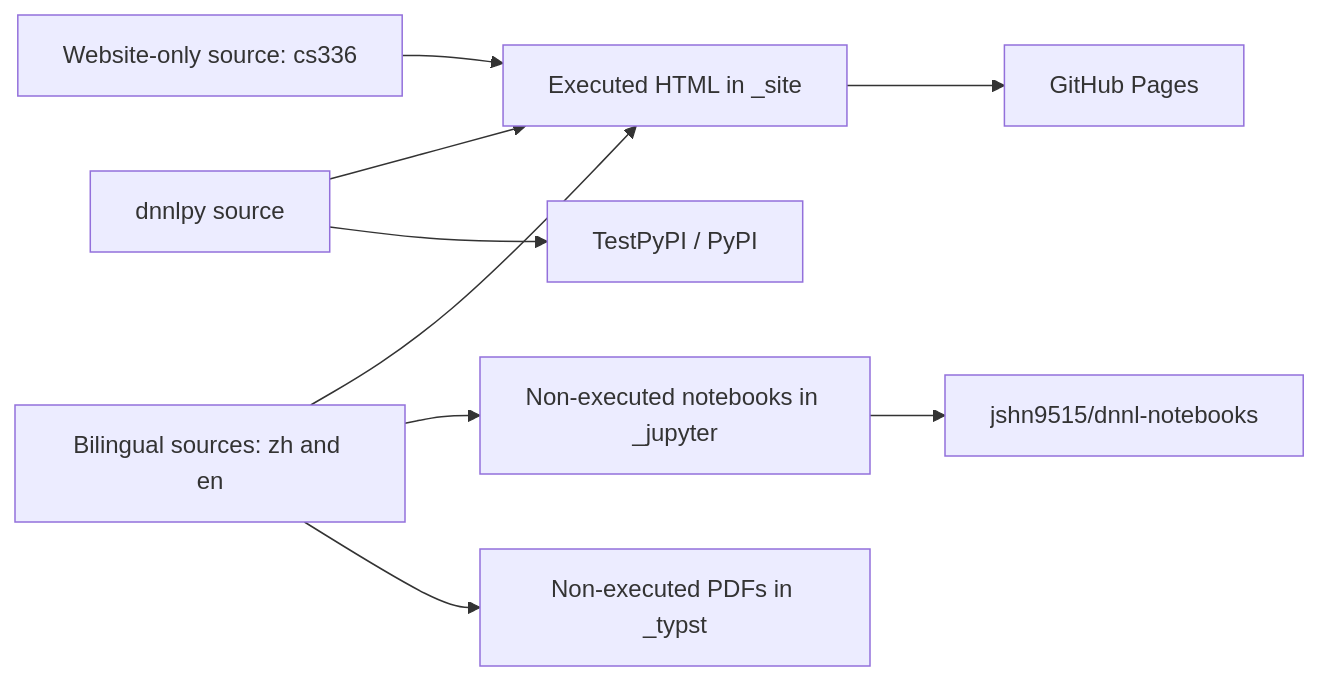
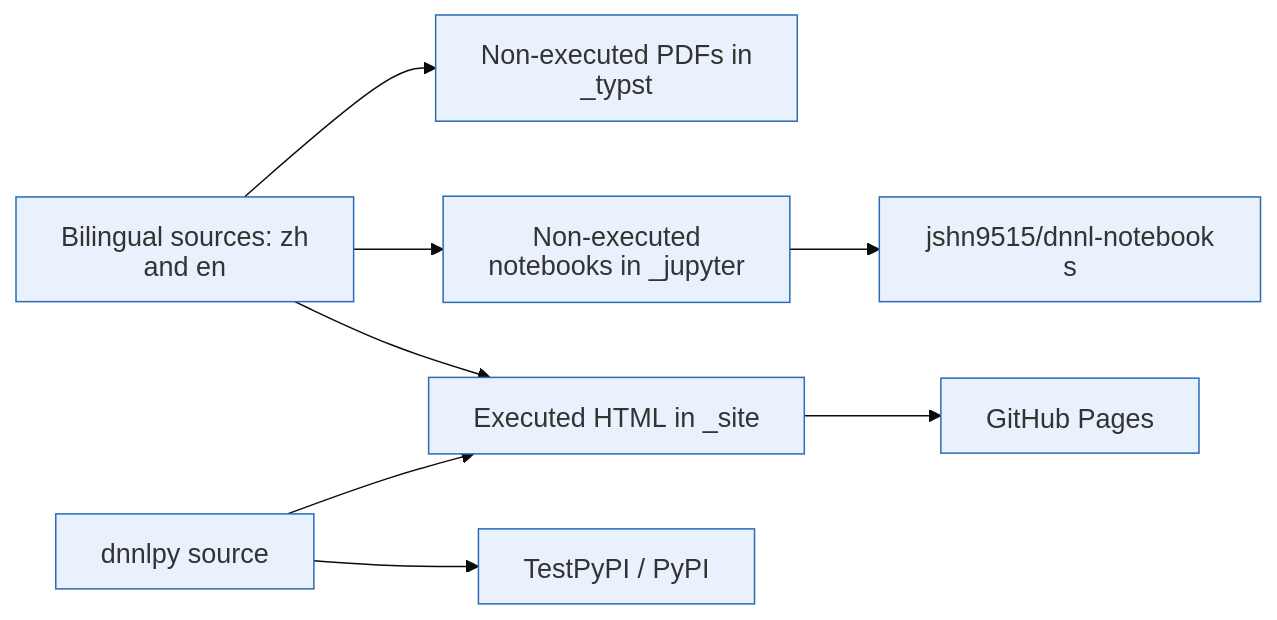
Before and after one commit to datawhalechina/deep-learning-notes: the diagram in architecture.md, drawn with Mermaid. The commit also changed other lines of this file, not shown here.

Commit message:
MNT: Refactor repository layout section for clarity and update mermaid diagram configuration

````diff
--- a/architecture.md
+++ b/architecture.md
@@ -31,19 +29,43 @@
 ```mermaid
+---
+config:
+  theme: base
+  htmlLabels: false
+  fontFamily: "Arial, Microsoft YaHei, sans-serif"
+  themeVariables:
+    fontSize: "18px"
+    primaryColor: "#e9f2fc"
+    primaryBorderColor: "#296bb7"
+    secondaryBorderColor: "#296bb7"
+    primaryTextColor: "#333333"
+    lineColor: "#0b0b0b"
+  themeCSS: |
+    .node text,
+    .nodeLabel,
+    .label text {
+      font-weight: 400;
+      font-style: normal;
+    }
+
+    .node rect,
+    .flowchart-link {
+      stroke-width: 1px;
+    }
+---
+
 flowchart LR
     NOTES["Bilingual sources: zh and en"]
-    CS336["Website-only source: cs336"]
     PKG["dnnlpy source"]
     HTML["Executed HTML in _site"]
     IPYNB["Non-executed notebooks in _jupyter"]
     PDF["Non-executed PDFs in _typst"]
     PAGES["GitHub Pages"]
     MIRROR["jshn9515/dnnl-notebooks"]
     PYPI["TestPyPI / PyPI"]
 
+    PKG --> PYPI
     PKG --> HTML
     NOTES --> HTML --> PAGES
-    CS336 --> HTML
     NOTES --> IPYNB --> MIRROR
     NOTES --> PDF
-    PKG --> PYPI
 ```
````
